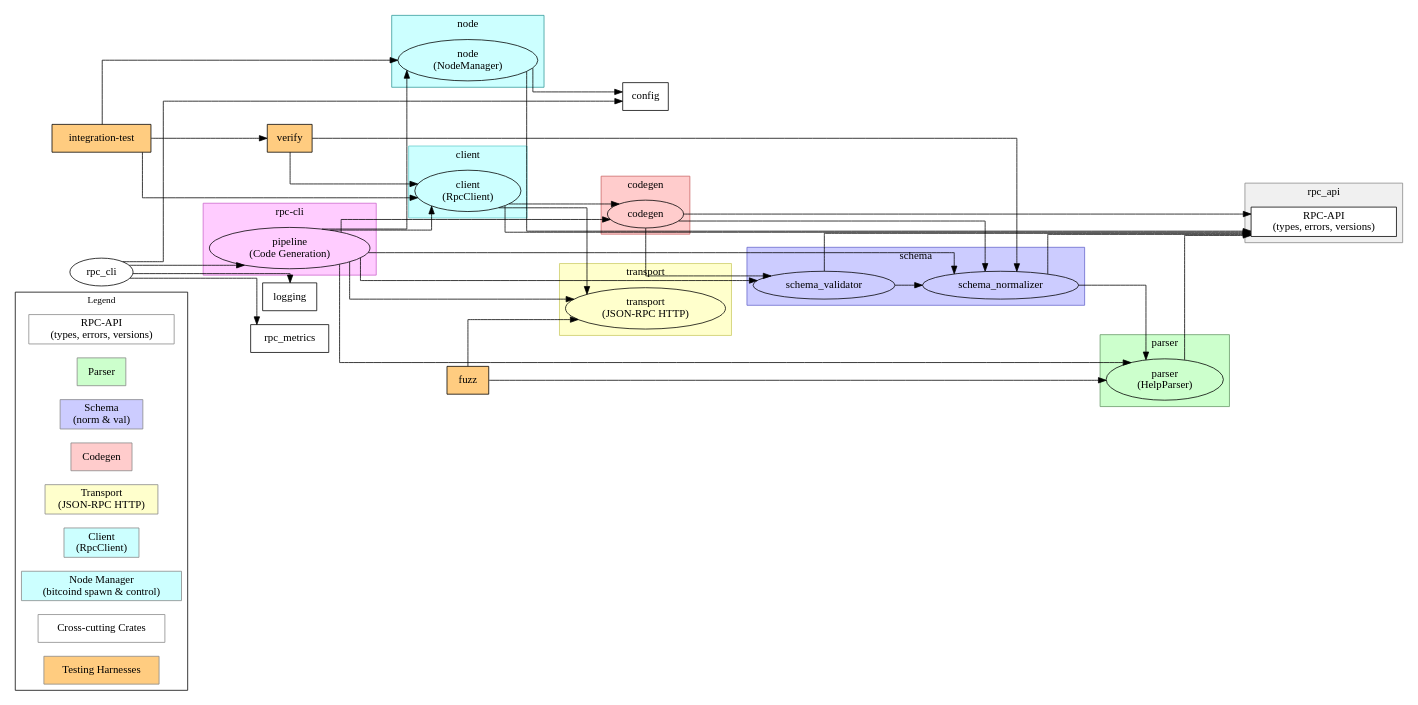
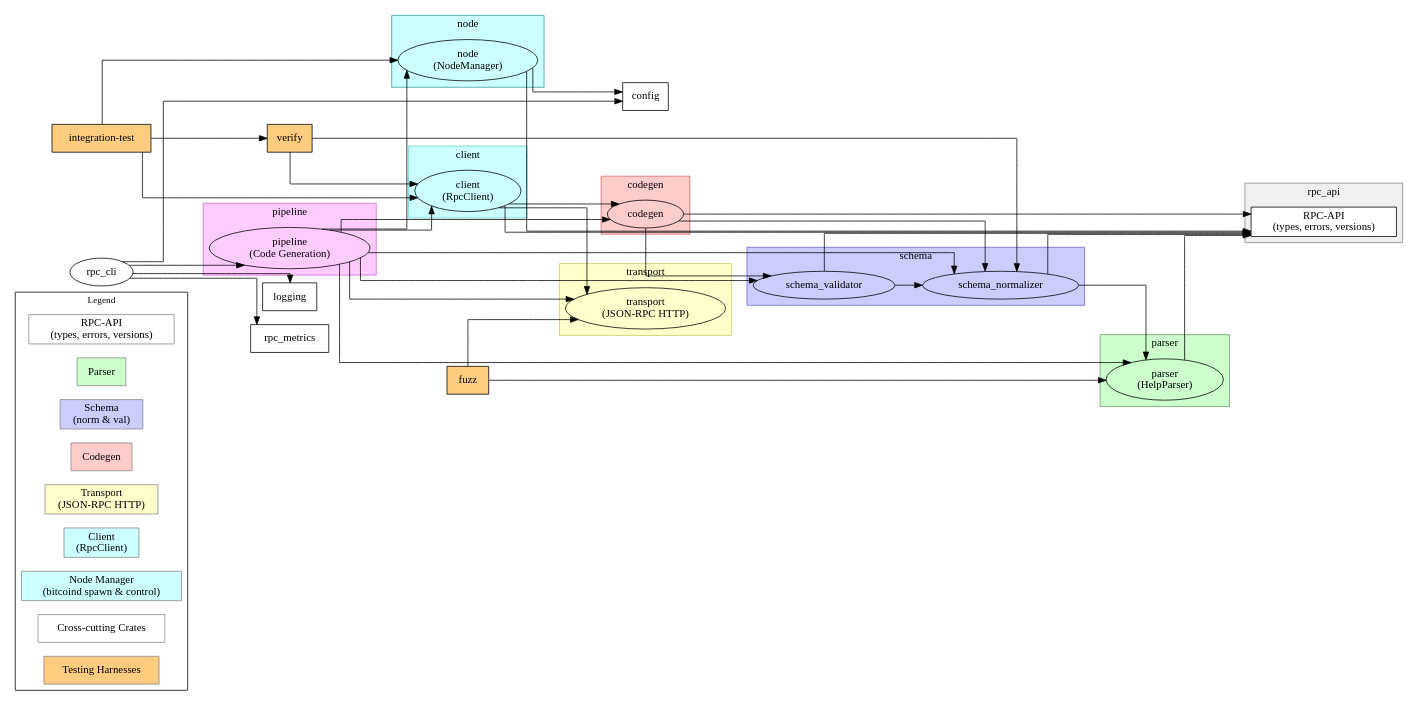
Before and after one commit to nervana21/bitcoin-rpc-codegen: the diagram in docs/structure.dot, drawn with Graphviz.

Commit message:
refactor(docs): Update label in structure.dot for clarity
- Changed the label from "rpc-cli" to "pipeline" in the structure.dot file to better reflect the current codebase

```diff
--- a/docs/structure.dot
+++ b/docs/structure.dot
@@ -1,111 +1,111 @@
 digraph BitcoinRpcCodegen {
   graph [rankdir=LR, splines=ortho];
 
   // ───────────── Legend ─────────────
   subgraph cluster_legend {
     label="Legend"; fontsize=12;
     node [shape=box style=filled];
     legend_rpc_api   [label="RPC-API\n(types, errors, versions)" fillcolor="#ffffff" color="#888888"];
     legend_parser    [label="Parser" fillcolor="#ccffcc" color="#888888"];
     legend_schema    [label="Schema\n(norm & val)" fillcolor="#ccccff" color="#888888"];
     legend_codegen   [label="Codegen" fillcolor="#ffcccc" color="#888888"];
     legend_transport [label="Transport\n(JSON‑RPC HTTP)" fillcolor="#ffffcc" color="#888888"];
     legend_client    [label="Client\n(RpcClient)" fillcolor="#ccffff" color="#888888"];
     legend_node_mgr  [label="Node Manager\n(bitcoind spawn & control)" fillcolor="#ccffff" color="#888888"];
     legend_cross     [label="Cross‑cutting Crates" fillcolor="#ffffff" color="#888888"];
     legend_tests     [label="Testing Harnesses" fillcolor="#ffcc80" color="#888888"];
   }
 
   // ───────────── RPC-API crate ─────────────
   subgraph cluster_rpc_api {
     label="rpc_api"; style=filled; fillcolor="#f0f0f0"; color="#888888";
     node [shape=box style=filled fillcolor="#ffffff" color="#000000"];
     rpc_api [label="RPC-API\n(types, errors, versions)"];
   }
 
   // ───────────── Parser crate ─────────────
   subgraph cluster_parser {
     label="parser"; style=filled; fillcolor="#ccffcc"; color="#669966";
     parser [label="parser\n(HelpParser)"];
   }
 
   // ───────────── Schema crate ─────────────
   subgraph cluster_schema {
     label="schema"; style=filled; fillcolor="#ccccff"; color="#6666CC";
     schema_norm [label="schema_normalizer"];
     schema_val  [label="schema_validator"];
   }
 
   // ───────────── Codegen crate ─────────────
   subgraph cluster_codegen {
     label="codegen"; style=filled; fillcolor="#ffcccc"; color="#CC6666";
     codegen [label="codegen"];
   }
 
   // ───────────── Transport crate ─────────────
   subgraph cluster_transport {
     label="transport"; style=filled; fillcolor="#ffffcc"; color="#CCCC66";
     transport [label="transport\n(JSON‑RPC HTTP)"];
   }
 
   // ───────────── Client crate ─────────────
   subgraph cluster_client {
     label="client"; style=filled; fillcolor="#ccffff"; color="#66CCCC";
     client [label="client\n(RpcClient)"];
   }
 
   // ───────────── Node Manager crate ─────────────
   subgraph cluster_node_mgr {
     label="node"; style=filled; fillcolor="#ccffff"; color="#339999";
     node_mgr [label="node\n(NodeManager)"];
   }
 
   // ───────────── Pipeline crate ─────────────
   subgraph cluster_rpc_cli {
-    label="rpc-cli"; style=filled; fillcolor="#ffccff"; color="#CC66CC";
+    label="pipeline"; style=filled; fillcolor="#ffccff"; color="#CC66CC";
     pipeline [label="pipeline\n(Code Generation)"];
   }
 
   // ───────────── Cross‑cutting crates ─────────────
   config  [label="config"  shape=box style=filled fillcolor="#ffffff"];
   logging [label="logging" shape=box style=filled fillcolor="#ffffff"];
   rpc_metrics [label="rpc_metrics" shape=box style=filled fillcolor="#ffffff"];
 
   // ───────────── Testing harnesses ─────────────
   integration_test [label="integration-test" shape=box style=filled fillcolor="#ffcc80"];
   fuzz             [label="fuzz"            shape=box style=filled fillcolor="#ffcc80"];
   verify           [label="verify"          shape=box style=filled fillcolor="#ffcc80"];
 
   // ───────────── Dependencies ─────────────
   parser           -> rpc_api;
   schema_norm      -> parser;
   schema_norm      -> rpc_api;
   schema_val       -> schema_norm;
   schema_val       -> rpc_api;
   codegen          -> schema_norm;
   codegen          -> schema_val;
   codegen          -> rpc_api;
   client           -> codegen;
   client           -> transport;
   client           -> rpc_api;
   node_mgr         -> rpc_api;
   node_mgr         -> config;
   pipeline         -> parser;
   pipeline         -> schema_norm;
   pipeline         -> schema_val;
   pipeline         -> codegen;
   pipeline         -> transport;
   pipeline         -> client;
   pipeline         -> node_mgr;
   rpc_cli          -> pipeline;
   rpc_cli          -> config;
   rpc_cli          -> logging;
   rpc_cli          -> rpc_metrics;
   integration_test          -> node_mgr;
   integration_test -> client;
   integration_test -> verify;
   fuzz             -> parser;
   fuzz             -> transport;
   verify           -> client;
   verify           -> schema_norm;
 }
```
